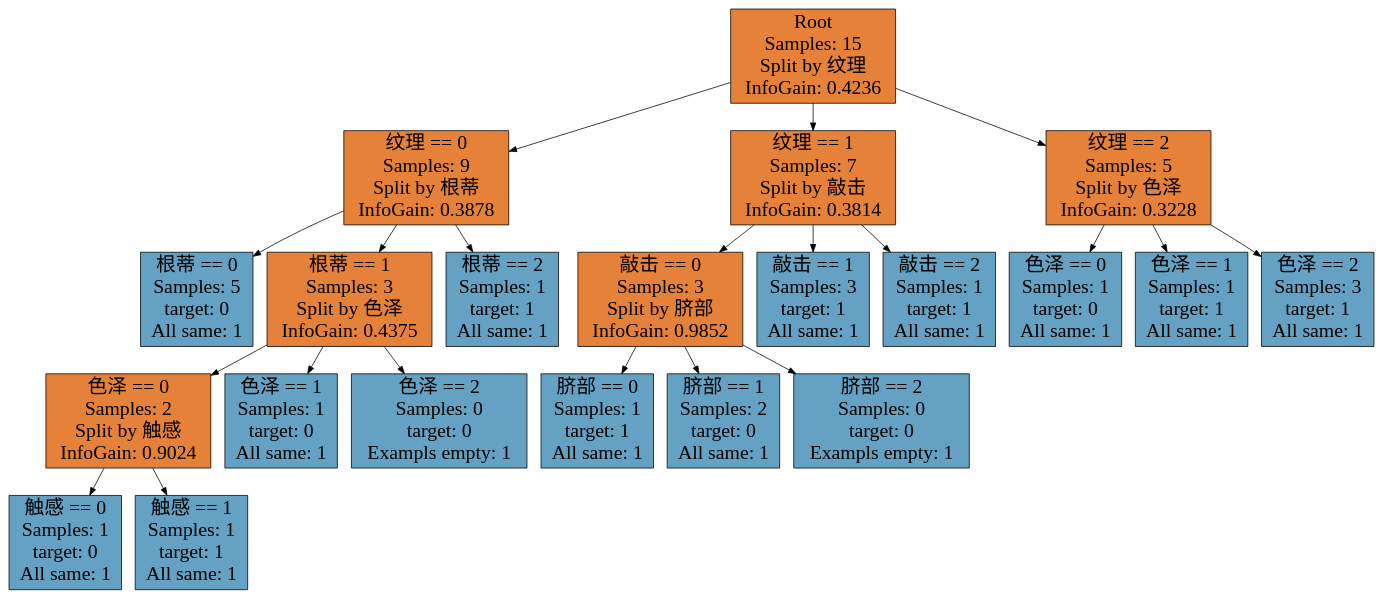
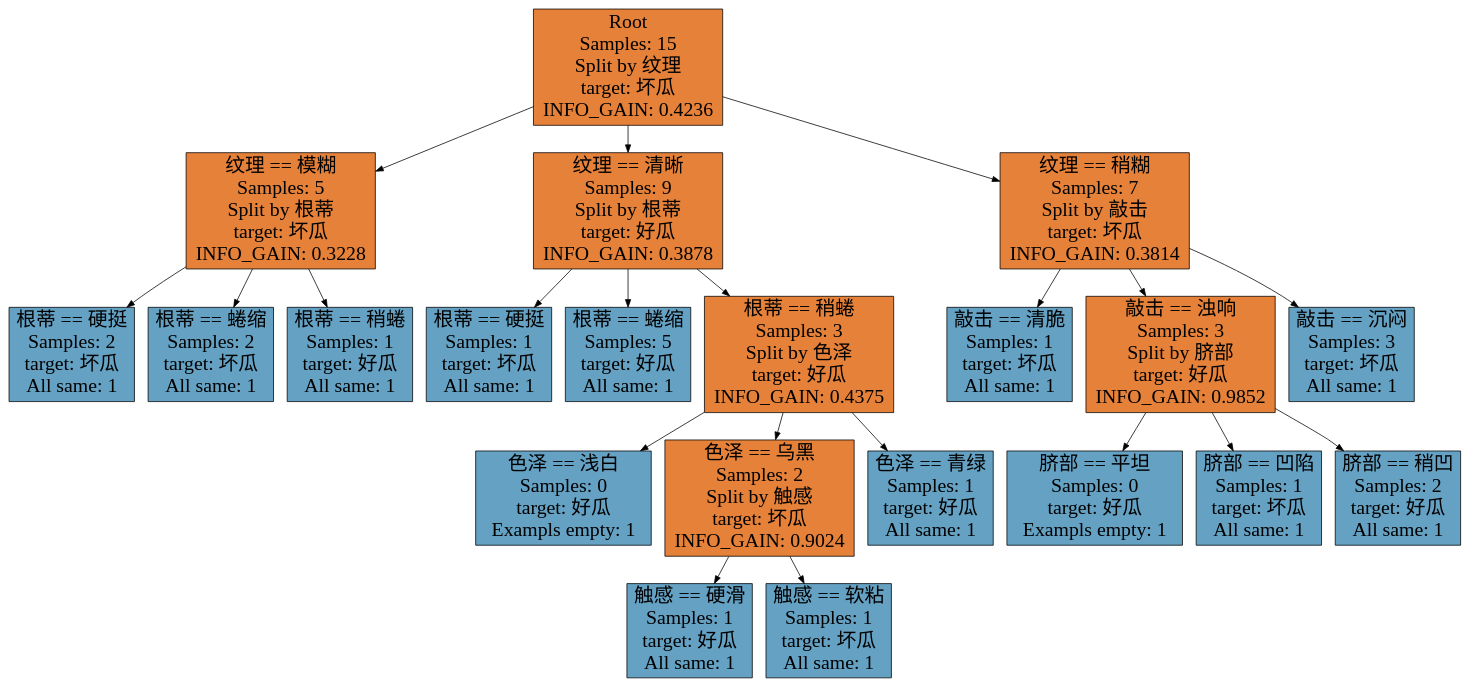
The diagram in resources/DT/trees/watermelon3.0-lack.dot (VioletStrelitzia/AI), drawn with Graphviz before and after one commit. The commit also changed 245 other files, not shown here.

```diff
--- a/resources/DT/trees/watermelon3.0-lack.dot
+++ b/resources/DT/trees/watermelon3.0-lack.dot
@@ -1,45 +1,45 @@
 digraph Tree {
 node [shape=box, style="filled", color="black", fontname="Microsoft YaHei", fontsize=26];
 edge [fontname="Microsoft YaHei", fontsize=26];
-0 [label="Root\nSamples: 15\nSplit by 纹理\nInfoGain: 0.4236", fillcolor="#e58139"];
+0 [label="Root\nSamples: 15\nSplit by 纹理\ntarget: 坏瓜\nINFO_GAIN: 0.4236", fillcolor="#e58139"];
 0 -> 1;
-1 [label="纹理 == 0\nSamples: 9\nSplit by 根蒂\nInfoGain: 0.3878", fillcolor="#e58139"];
+1 [label="纹理 == 模糊\nSamples: 5\nSplit by 根蒂\ntarget: 坏瓜\nINFO_GAIN: 0.3228", fillcolor="#e58139"];
 1 -> 2;
-2 [label="根蒂 == 0\nSamples: 5\ntarget: 0\nAll same: 1", fillcolor="#64a1c3"];
+2 [label="根蒂 == 硬挺\nSamples: 2\ntarget: 坏瓜\nAll same: 1", fillcolor="#64a1c3"];
 1 -> 3;
-3 [label="根蒂 == 1\nSamples: 3\nSplit by 色泽\nInfoGain: 0.4375", fillcolor="#e58139"];
-3 -> 4;
-4 [label="色泽 == 0\nSamples: 2\nSplit by 触感\nInfoGain: 0.9024", fillcolor="#e58139"];
-4 -> 5;
-5 [label="触感 == 0\nSamples: 1\ntarget: 0\nAll same: 1", fillcolor="#64a1c3"];
-4 -> 6;
-6 [label="触感 == 1\nSamples: 1\ntarget: 1\nAll same: 1", fillcolor="#64a1c3"];
-3 -> 7;
-7 [label="色泽 == 1\nSamples: 1\ntarget: 0\nAll same: 1", fillcolor="#64a1c3"];
-3 -> 8;
-8 [label="色泽 == 2\nSamples: 0\ntarget: 0\nExampls empty: 1", fillcolor="#64a1c3"];
-1 -> 9;
-9 [label="根蒂 == 2\nSamples: 1\ntarget: 1\nAll same: 1", fillcolor="#64a1c3"];
-0 -> 10;
-10 [label="纹理 == 1\nSamples: 7\nSplit by 敲击\nInfoGain: 0.3814", fillcolor="#e58139"];
+3 [label="根蒂 == 蜷缩\nSamples: 2\ntarget: 坏瓜\nAll same: 1", fillcolor="#64a1c3"];
+1 -> 4;
+4 [label="根蒂 == 稍蜷\nSamples: 1\ntarget: 好瓜\nAll same: 1", fillcolor="#64a1c3"];
+0 -> 5;
+5 [label="纹理 == 清晰\nSamples: 9\nSplit by 根蒂\ntarget: 好瓜\nINFO_GAIN: 0.3878", fillcolor="#e58139"];
+5 -> 6;
+6 [label="根蒂 == 硬挺\nSamples: 1\ntarget: 坏瓜\nAll same: 1", fillcolor="#64a1c3"];
+5 -> 7;
+7 [label="根蒂 == 蜷缩\nSamples: 5\ntarget: 好瓜\nAll same: 1", fillcolor="#64a1c3"];
+5 -> 8;
+8 [label="根蒂 == 稍蜷\nSamples: 3\nSplit by 色泽\ntarget: 好瓜\nINFO_GAIN: 0.4375", fillcolor="#e58139"];
+8 -> 9;
+9 [label="色泽 == 浅白\nSamples: 0\ntarget: 好瓜\nExampls empty: 1", fillcolor="#64a1c3"];
+8 -> 10;
+10 [label="色泽 == 乌黑\nSamples: 2\nSplit by 触感\ntarget: 坏瓜\nINFO_GAIN: 0.9024", fillcolor="#e58139"];
 10 -> 11;
-11 [label="敲击 == 0\nSamples: 3\nSplit by 脐部\nInfoGain: 0.9852", fillcolor="#e58139"];
-11 -> 12;
-12 [label="脐部 == 0\nSamples: 1\ntarget: 1\nAll same: 1", fillcolor="#64a1c3"];
-11 -> 13;
-13 [label="脐部 == 1\nSamples: 2\ntarget: 0\nAll same: 1", fillcolor="#64a1c3"];
-11 -> 14;
-14 [label="脐部 == 2\nSamples: 0\ntarget: 0\nExampls empty: 1", fillcolor="#64a1c3"];
-10 -> 15;
-15 [label="敲击 == 1\nSamples: 3\ntarget: 1\nAll same: 1", fillcolor="#64a1c3"];
-10 -> 16;
-16 [label="敲击 == 2\nSamples: 1\ntarget: 1\nAll same: 1", fillcolor="#64a1c3"];
-0 -> 17;
-17 [label="纹理 == 2\nSamples: 5\nSplit by 色泽\nInfoGain: 0.3228", fillcolor="#e58139"];
-17 -> 18;
-18 [label="色泽 == 0\nSamples: 1\ntarget: 0\nAll same: 1", fillcolor="#64a1c3"];
-17 -> 19;
-19 [label="色泽 == 1\nSamples: 1\ntarget: 1\nAll same: 1", fillcolor="#64a1c3"];
-17 -> 20;
-20 [label="色泽 == 2\nSamples: 3\ntarget: 1\nAll same: 1", fillcolor="#64a1c3"];
+11 [label="触感 == 硬滑\nSamples: 1\ntarget: 好瓜\nAll same: 1", fillcolor="#64a1c3"];
+10 -> 12;
+12 [label="触感 == 软粘\nSamples: 1\ntarget: 坏瓜\nAll same: 1", fillcolor="#64a1c3"];
+8 -> 13;
+13 [label="色泽 == 青绿\nSamples: 1\ntarget: 好瓜\nAll same: 1", fillcolor="#64a1c3"];
+0 -> 14;
+14 [label="纹理 == 稍糊\nSamples: 7\nSplit by 敲击\ntarget: 坏瓜\nINFO_GAIN: 0.3814", fillcolor="#e58139"];
+14 -> 15;
+15 [label="敲击 == 清脆\nSamples: 1\ntarget: 坏瓜\nAll same: 1", fillcolor="#64a1c3"];
+14 -> 16;
+16 [label="敲击 == 浊响\nSamples: 3\nSplit by 脐部\ntarget: 好瓜\nINFO_GAIN: 0.9852", fillcolor="#e58139"];
+16 -> 17;
+17 [label="脐部 == 平坦\nSamples: 0\ntarget: 好瓜\nExampls empty: 1", fillcolor="#64a1c3"];
+16 -> 18;
+18 [label="脐部 == 凹陷\nSamples: 1\ntarget: 坏瓜\nAll same: 1", fillcolor="#64a1c3"];
+16 -> 19;
+19 [label="脐部 == 稍凹\nSamples: 2\ntarget: 好瓜\nAll same: 1", fillcolor="#64a1c3"];
+14 -> 20;
+20 [label="敲击 == 沉闷\nSamples: 3\ntarget: 坏瓜\nAll same: 1", fillcolor="#64a1c3"];
 }
```
